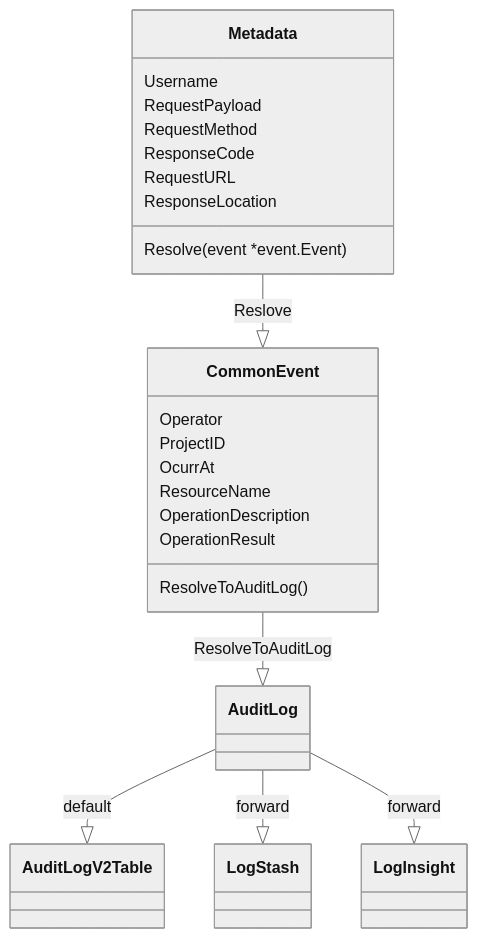
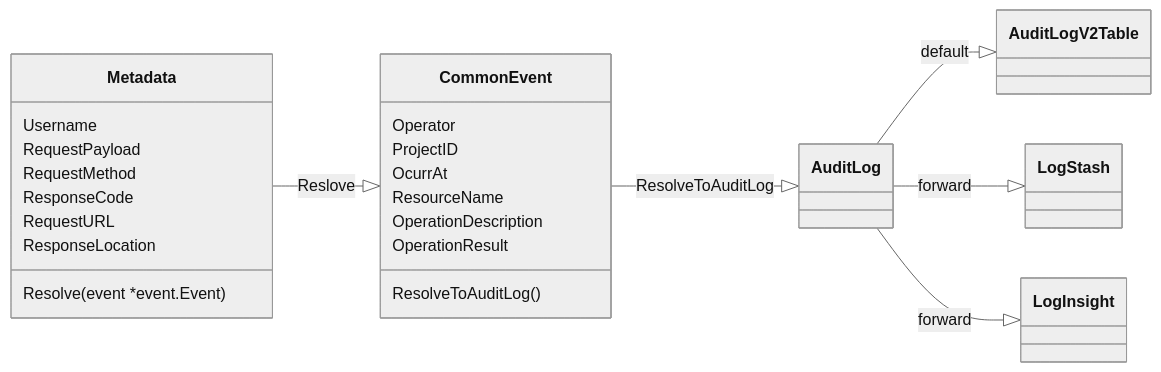
The third of 3 diagrams in proposals/new/enhance_audit_log.md (goharbor/community), drawn with Mermaid (neutral theme) before and after one commit.

Commit message:
change direction

````diff
--- a/proposals/new/enhance_audit_log.md
+++ b/proposals/new/enhance_audit_log.md
@@ -263,28 +263,30 @@
 ```mermaid
 classDiagram
+
+direction LR
 
 Metadata : Username
 Metadata : RequestPayload
 Metadata : RequestMethod
 Metadata : ResponseCode
 Metadata : RequestURL
 Metadata : ResponseLocation
 
 Metadata : Resolve(event *event.Event)
 
 Metadata --|>  CommonEvent : Reslove
 
 CommonEvent : Operator
 CommonEvent : ProjectID
 CommonEvent : OcurrAt
 CommonEvent : ResourceName
 CommonEvent : OperationDescription
 CommonEvent : OperationResult
 CommonEvent : ResolveToAuditLog()
 
 CommonEvent --|> AuditLog : ResolveToAuditLog
 
 AuditLog --|> AuditLogV2Table : default
 AuditLog --|> LogStash : forward
 AuditLog --|> LogInsight : forward
 ```
````
